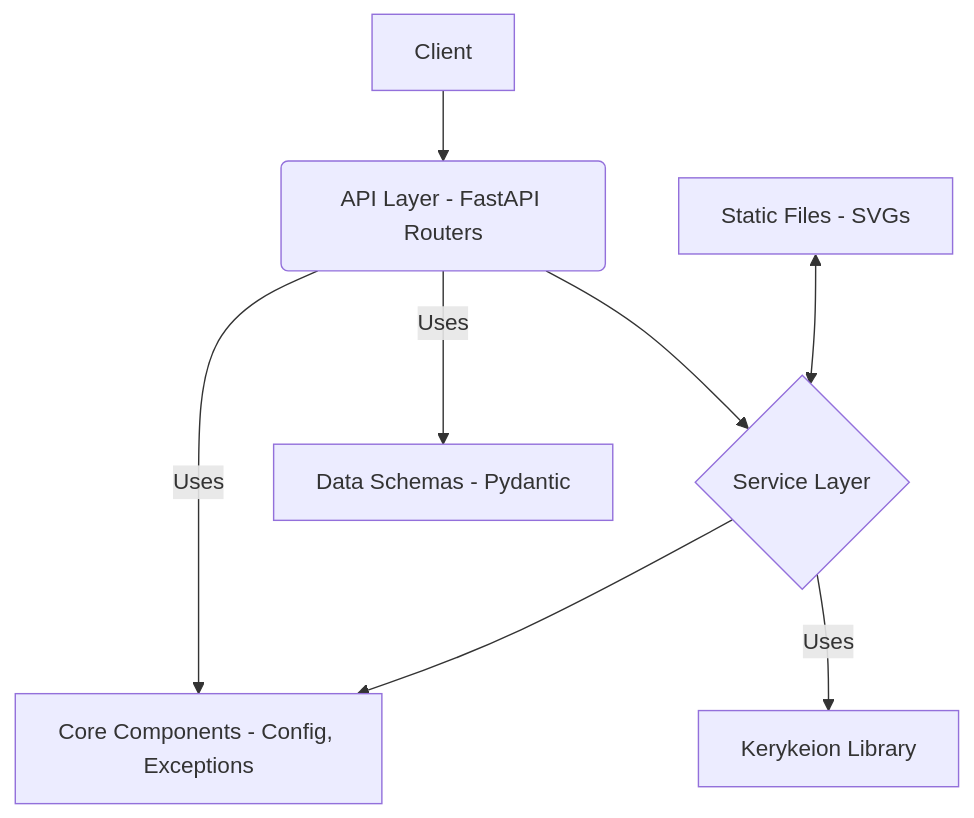
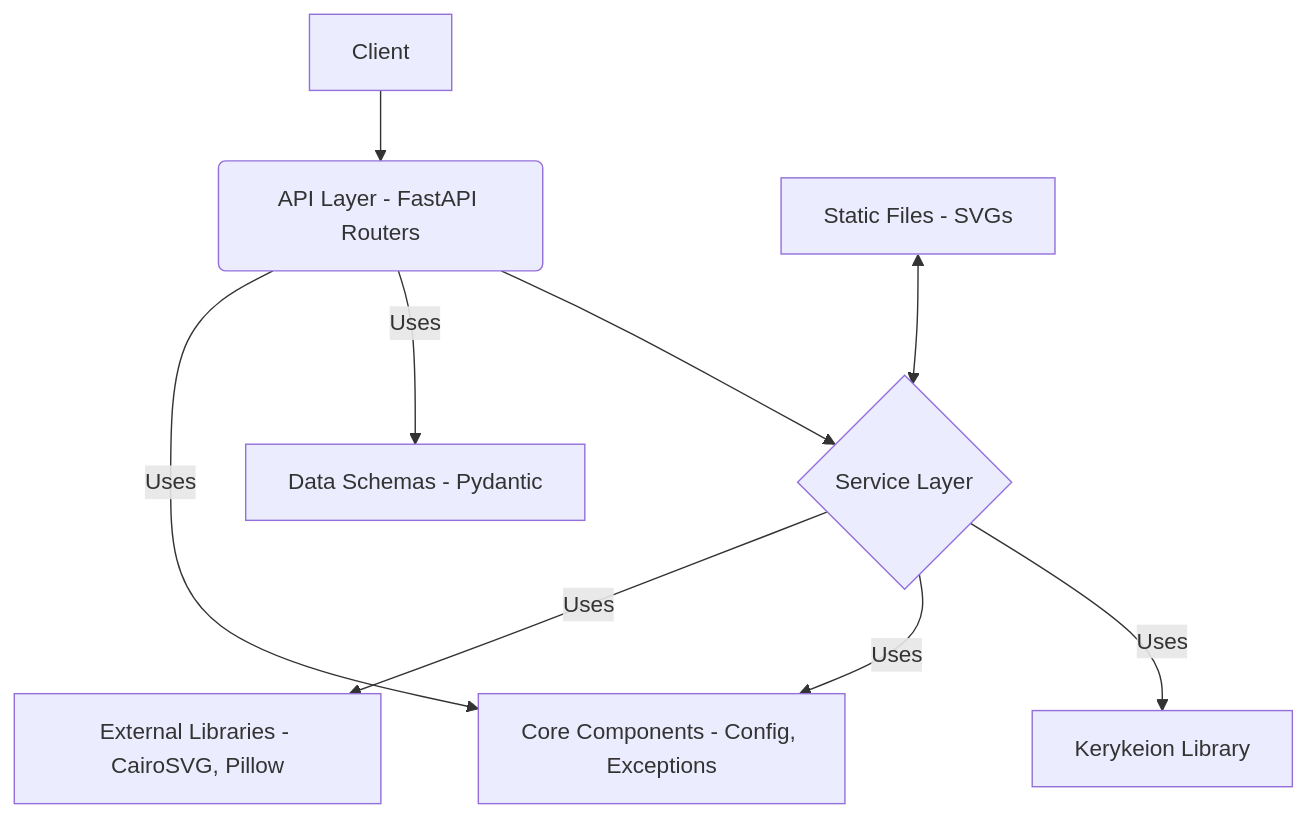
Before and after one commit to gsinghjay/zodiac-engine: the diagram in memory-bank/systemPatterns.md, drawn with Mermaid. The commit also changed other lines of this file and 2 other files, not shown here.

````diff
--- a/memory-bank/systemPatterns.md
+++ b/memory-bank/systemPatterns.md
@@ -26,10 +29,11 @@
 ```mermaid
 graph TD
     A[Client] --> B(API Layer - FastAPI Routers);
     B --> C{Service Layer};
     C -- Uses --> D[Kerykeion Library];
-    C --> E[Core Components - Config, Exceptions];
+    C -- Uses --> E[Core Components - Config, Exceptions];
     B -- Uses --> F[Data Schemas - Pydantic];
     B -- Uses --> E;
     G[Static Files - SVGs] <--> C;
+    C -- Uses --> H[External Libraries - CairoSVG, Pillow];
 ```
````
